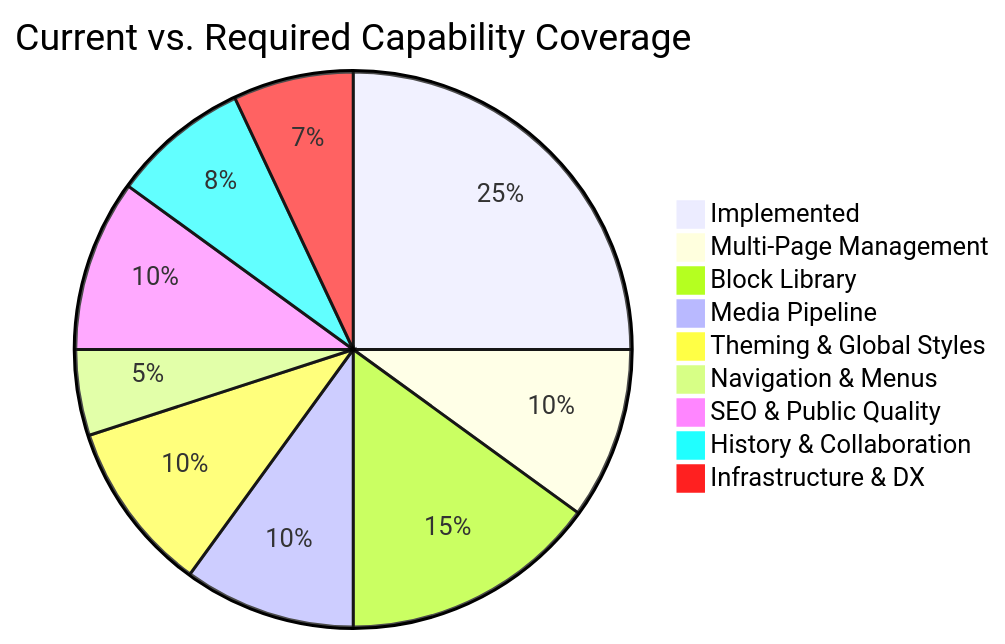
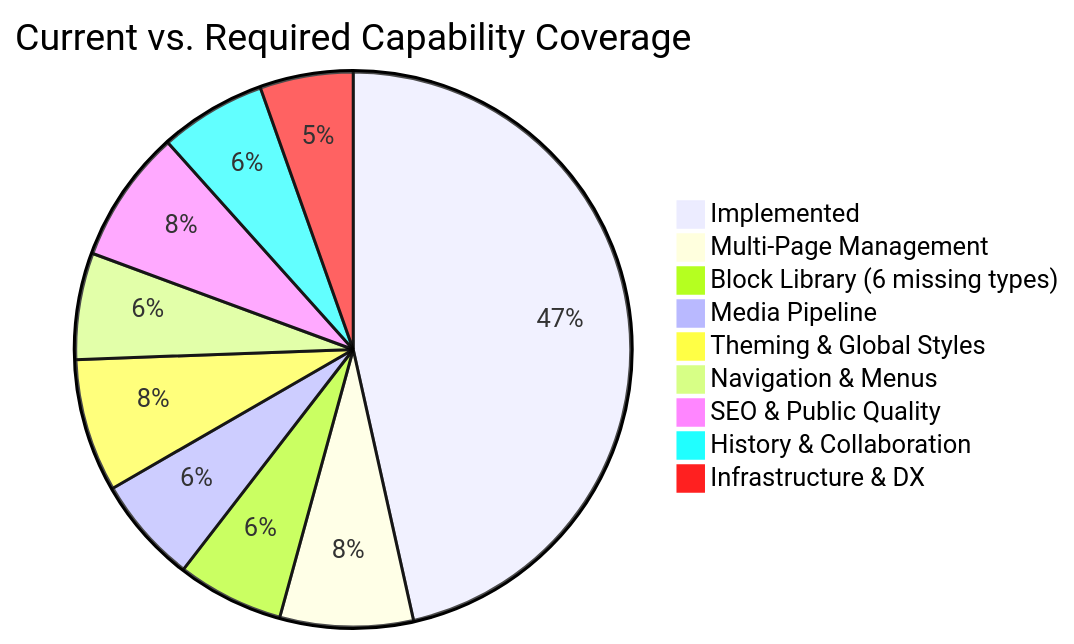
One commit to TDRodney/web-builder changed the first of 2 diagrams in gaps.md. Above: the diagram before and after it, drawn with Mermaid. The commit also changed other lines of this file and 2 other files, not shown here.

````diff
--- a/gaps.md
+++ b/gaps.md
@@ -12,12 +12,12 @@
 ```mermaid
 pie title Current vs. Required Capability Coverage
-    "Implemented" : 25
+    "Implemented" : 60
     "Multi-Page Management" : 10
-    "Block Library" : 15
-    "Media Pipeline" : 10
+    "Block Library (6 missing types)" : 8
+    "Media Pipeline" : 8
     "Theming & Global Styles" : 10
-    "Navigation & Menus" : 5
+    "Navigation & Menus" : 8
     "SEO & Public Quality" : 10
     "History & Collaboration" : 8
     "Infrastructure & DX" : 7
 ```
````
